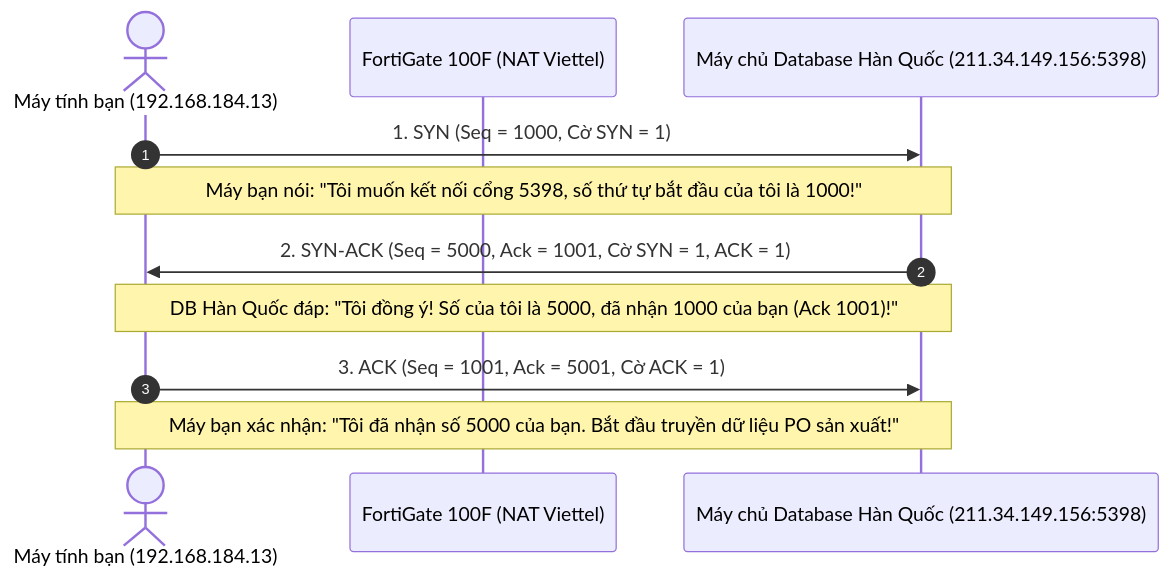
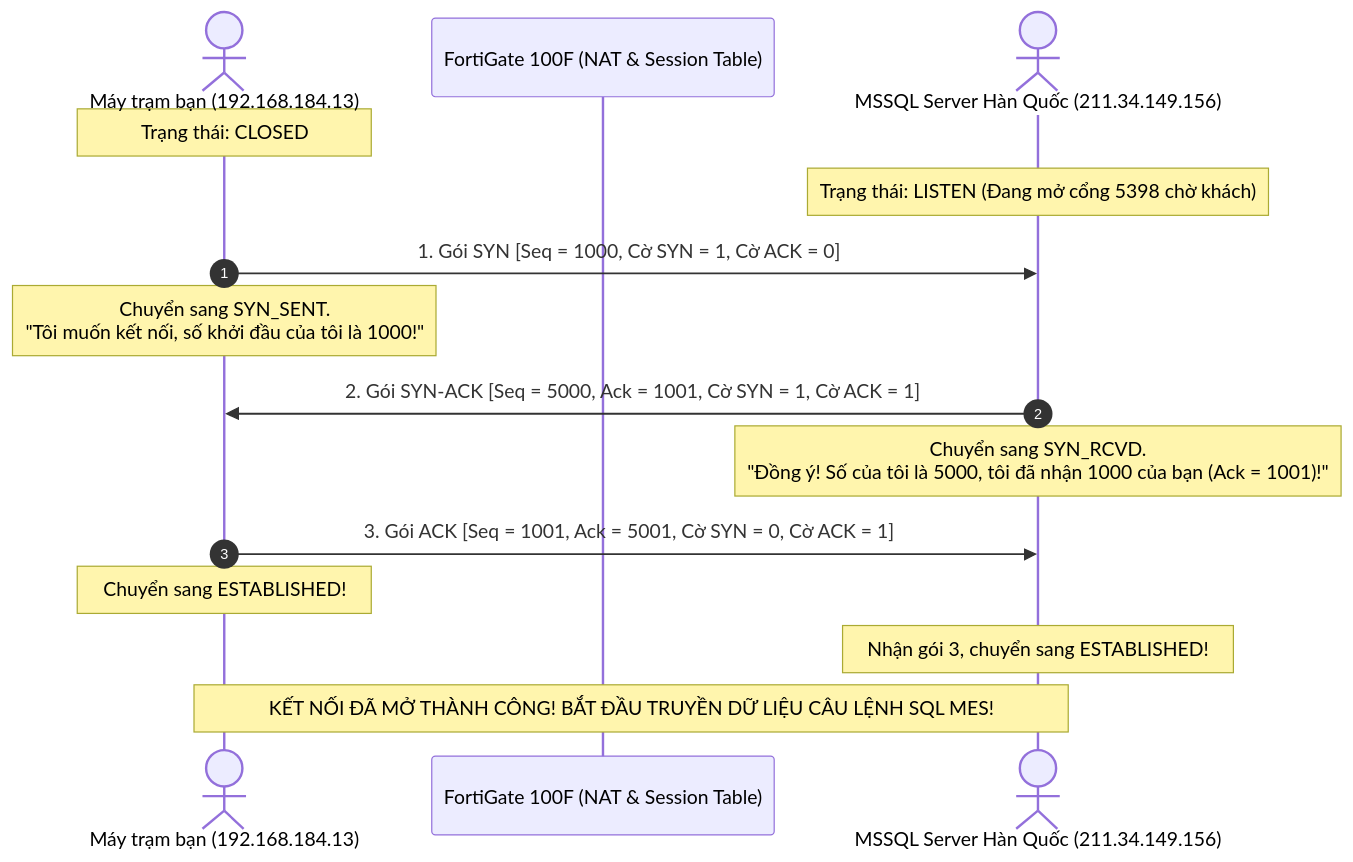
Before and after one commit to Poyken/vinatech: the fourth of 8 diagrams in firewall/01_GIAO_TRINH_NEN_TANG_NETWORK_SYSTEM.md, drawn with Mermaid. The commit also changed other lines of this file, not shown here.

````diff
--- a/firewall/01_GIAO_TRINH_NEN_TANG_NETWORK_SYSTEM.md
+++ b/firewall/01_GIAO_TRINH_NEN_TANG_NETWORK_SYSTEM.md
@@ -310,14 +552,22 @@
 ```mermaid
 sequenceDiagram
     autonumber
-    actor Ban as Máy tính bạn (192.168.184.13)
-    participant FW as FortiGate 100F (NAT Viettel)
-    participant DB as Máy chủ Database Hàn Quốc (211.34.149.156:5398)
+    actor Client as Máy trạm bạn (192.168.184.13)
+    participant FW as FortiGate 100F (NAT & Session Table)
+    actor Server as MSSQL Server Hàn Quốc (211.34.149.156)
 
-    Ban->>DB: 1. SYN (Seq = 1000, Cờ SYN = 1)
-    Note over Ban,DB: Máy bạn nói: "Tôi muốn kết nối cổng 5398, số thứ tự bắt đầu của tôi là 1000!"
-    DB->>Ban: 2. SYN-ACK (Seq = 5000, Ack = 1001, Cờ SYN = 1, ACK = 1)
-    Note over DB,Ban: DB Hàn Quốc đáp: "Tôi đồng ý! Số của tôi là 5000, đã nhận 1000 của bạn (Ack 1001)!"
-    Ban->>DB: 3. ACK (Seq = 1001, Ack = 5001, Cờ ACK = 1)
-    Note over Ban,DB: Máy bạn xác nhận: "Tôi đã nhận số 5000 của bạn. Bắt đầu truyền dữ liệu PO sản xuất!"
+    Note over Client: Trạng thái: CLOSED
+    Note over Server: Trạng thái: LISTEN (Đang mở cổng 5398 chờ khách)
+
+    Client->>Server: 1. Gói SYN [Seq = 1000, Cờ SYN = 1, Cờ ACK = 0]
+    Note over Client: Chuyển sang SYN_SENT.<br/>"Tôi muốn kết nối, số khởi đầu của tôi là 1000!"
+
+    Server->>Client: 2. Gói SYN-ACK [Seq = 5000, Ack = 1001, Cờ SYN = 1, Cờ ACK = 1]
+    Note over Server: Chuyển sang SYN_RCVD.<br/>"Đồng ý! Số của tôi là 5000, tôi đã nhận 1000 của bạn (Ack = 1001)!"
+
+    Client->>Server: 3. Gói ACK [Seq = 1001, Ack = 5001, Cờ SYN = 0, Cờ ACK = 1]
+    Note over Client: Chuyển sang ESTABLISHED!
+    Note over Server: Nhận gói 3, chuyển sang ESTABLISHED!
+
+    Note over Client,Server: KẾT NỐI ĐÃ MỞ THÀNH CÔNG! BẮT ĐẦU TRUYỀN DỮ LIỆU CÂU LỆNH SQL MES!
 ```
````
